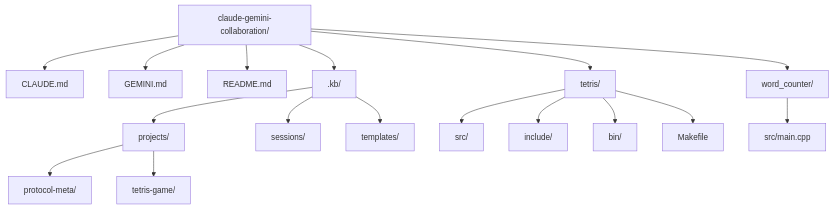
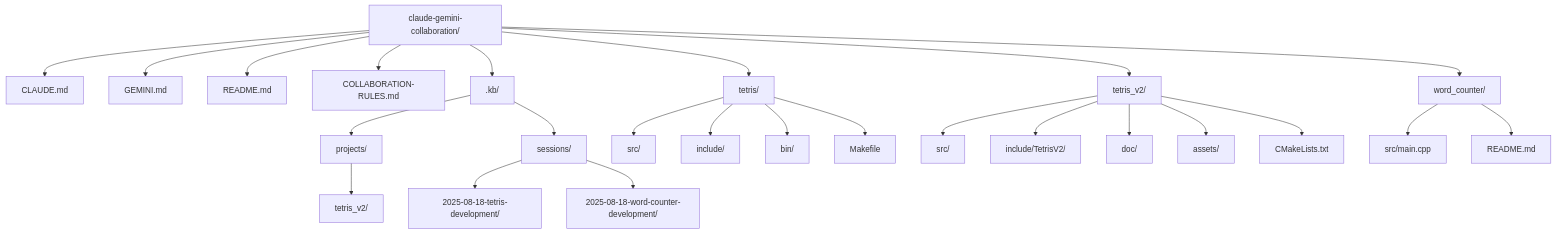
One commit to BestDev/claude-gemini-collaboration changed the first of 3 diagrams in README.md. Above: the diagram before and after it, drawn with Mermaid.

Commit message:
docs: README.md 프로젝트 구조 다이어그램 업데이트
- 현재 프로젝트 폴더 구조 반영
- COLLABORATION-RULES.md 추가
- tetris_v2 프로젝트 구조 추가
- .kb 폴더 날짜별 세션 구조 반영
- 실제 존재하지 않는 폴더 제거

🤖 Generated with [Claude Code](https://claude.ai/code)

````diff
--- a/README.md
+++ b/README.md
@@ -96,23 +96,32 @@
 ```mermaid
 graph TD
     A[claude-gemini-collaboration/] --> B[CLAUDE.md]
-    A --> C[GEMINI.md] 
+    A --> C[GEMINI.md]
     A --> D[README.md]
-    A --> E[.kb/]
-    A --> F[tetris/]
-    A --> G[word_counter/]
+    A --> E[COLLABORATION-RULES.md]
+    A --> F[.kb/]
+    A --> G[tetris/]
+    A --> H[tetris_v2/]
+    A --> I[word_counter/]
     
-    E --> H[projects/]
-    E --> I[sessions/]
-    E --> J[templates/]
+    F --> J[projects/]
+    F --> K[sessions/]
     
-    H --> K[protocol-meta/]
-    H --> L[tetris-game/]
+    J --> L[tetris_v2/]
+    K --> M[2025-08-18-tetris-development/]
+    K --> N[2025-08-18-word-counter-development/]
     
-    F --> M[src/]
-    F --> N[include/]
-    F --> O[bin/]
-    F --> P[Makefile]
+    G --> O[src/]
+    G --> P[include/]
+    G --> Q[bin/]
+    G --> R[Makefile]
     
-    G --> Q[src/main.cpp]
+    H --> S[src/]
+    H --> T[include/TetrisV2/]
+    H --> U[doc/]
+    H --> V[assets/]
+    H --> W[CMakeLists.txt]
+    
+    I --> X[src/main.cpp]
+    I --> Y[README.md]
 ```
````
